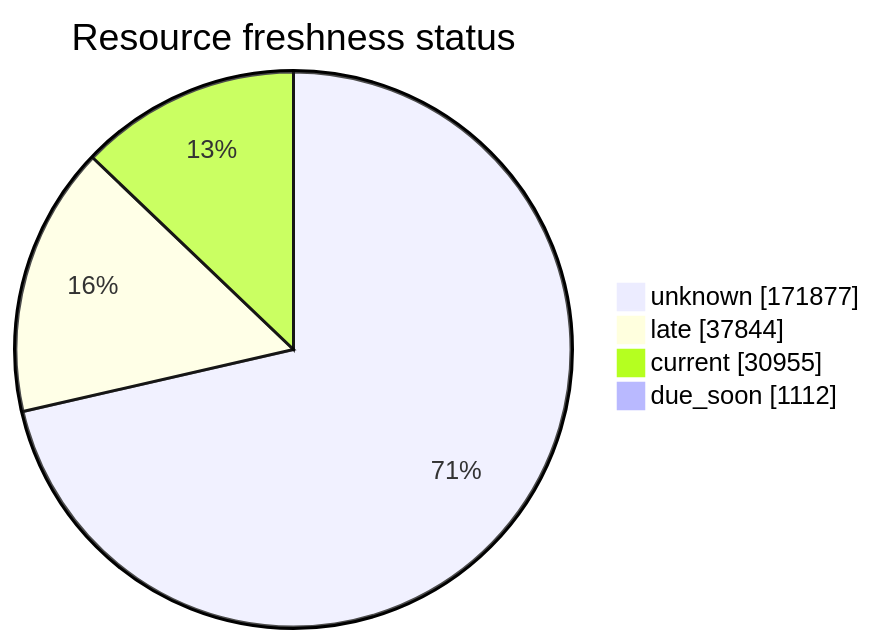
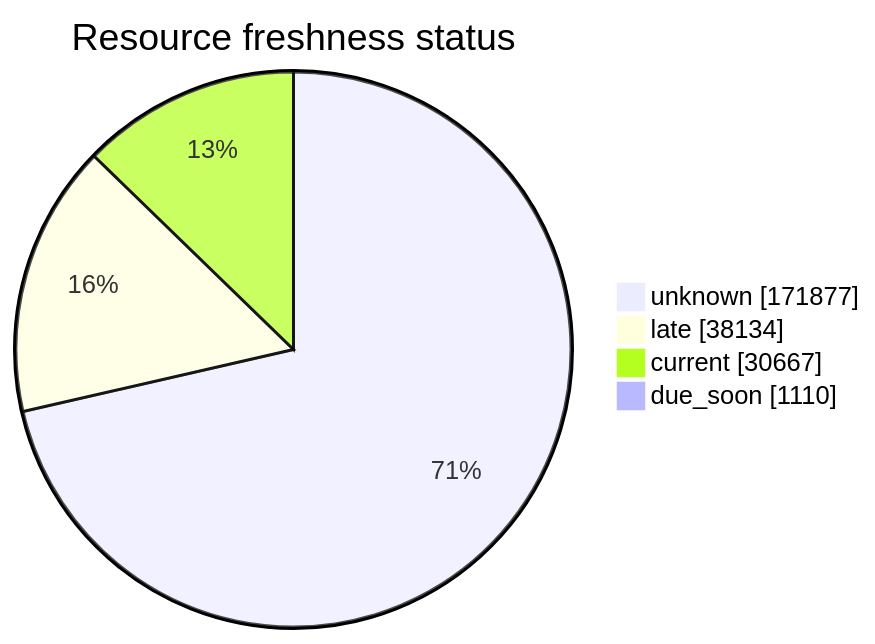
One commit to open-data/analytics-corporate-reporting changed the third of 5 diagrams in FreshCheck/README.md. Above: the diagram before and after it, drawn with Mermaid. The commit also changed other lines of this file and 3 other files, not shown here.

````diff
--- a/FreshCheck/README.md
+++ b/FreshCheck/README.md
@@ -77,7 +77,7 @@
 ```mermaid
 pie showData title Resource freshness status
     "unknown": 171877
-    "late": 37844
-    "current": 30955
-    "due_soon": 1112
+    "late": 38134
+    "current": 30667
+    "due_soon": 1110
 ```
````
